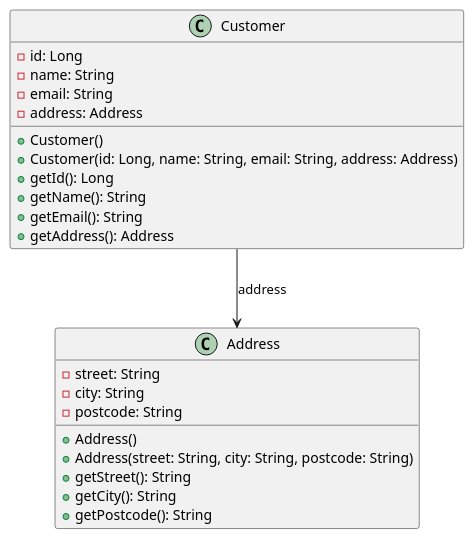
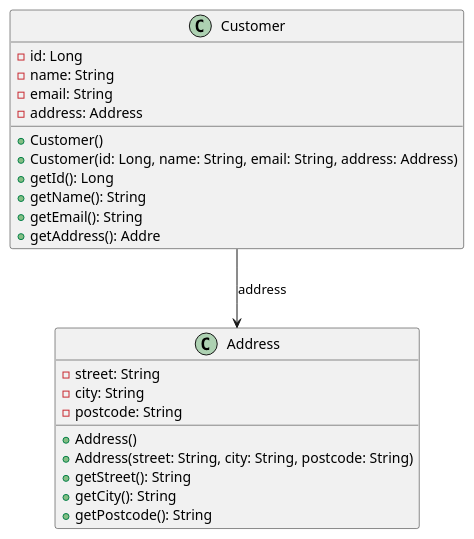
One commit to nirwan-ayy/products-api changed the diagram in docs/uml/CustomerAddress.puml. Above: the diagram before and after it, drawn with PlantUML. The commit also changed 6 other files, not shown here.

```diff
--- a/docs/uml/CustomerAddress.puml
+++ b/docs/uml/CustomerAddress.puml
@@ -2,29 +2,29 @@
 @startuml
 
 class Customer {
   - id: Long
   - name: String
   - email: String
   - address: Address
   + Customer()
   + Customer(id: Long, name: String, email: String, address: Address)
   + getId(): Long
   + getName(): String
   + getEmail(): String
-  + getAddress(): Address
+  + getAddress(): Addre
 }
 
 class Address {
   - street: String
   - city: String
   - postcode: String
   + Address()
   + Address(street: String, city: String, postcode: String)
   + getStreet(): String
   + getCity(): String
   + getPostcode(): String
 }
 
 Customer --> Address : address
 
 @enduml
```
